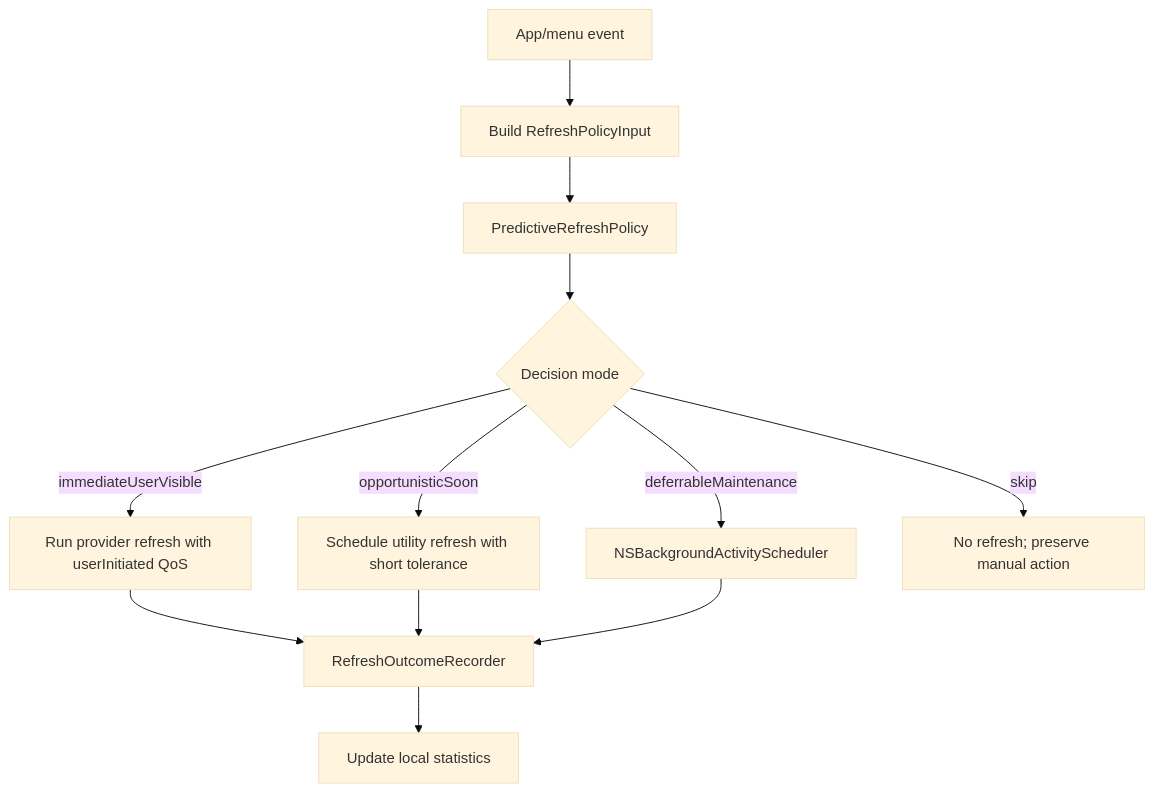
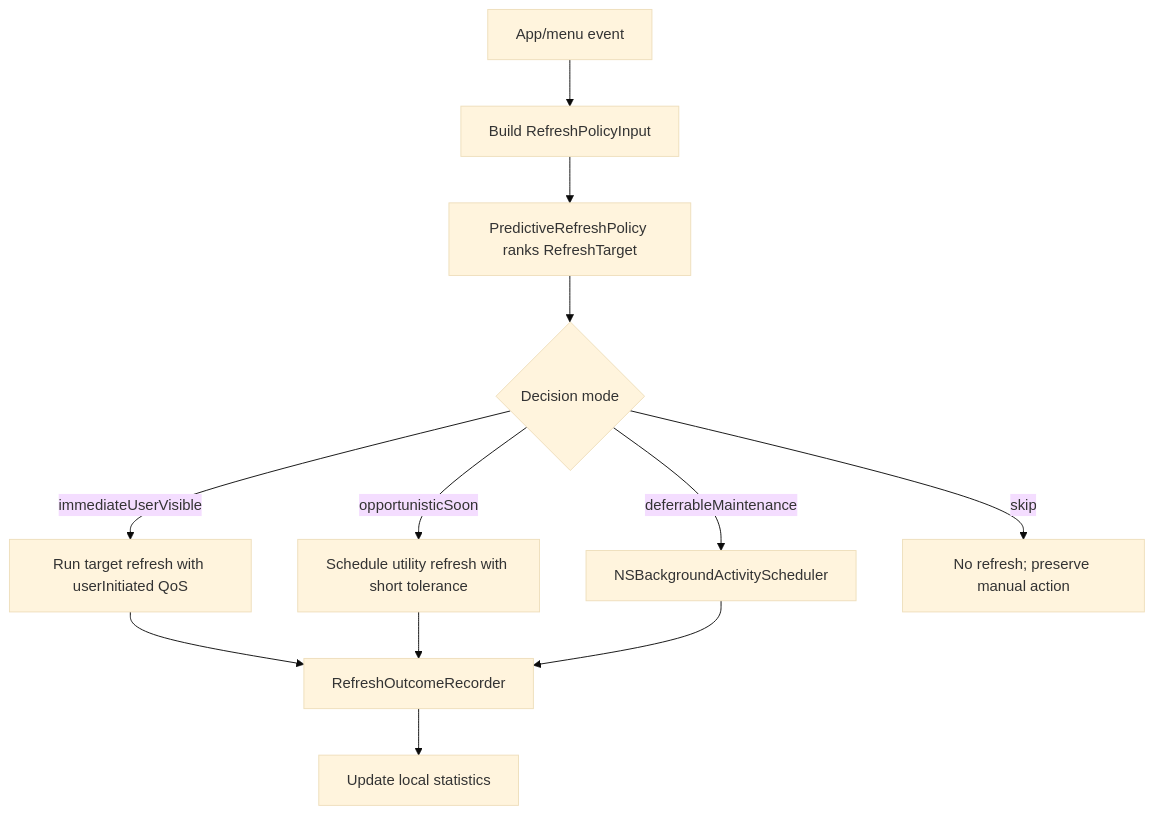
Before and after one commit to steipete/CodexBar: the diagram in docs/predictive-refresh-policy.md, drawn with Mermaid (base theme). The commit also changed other lines of this file, not shown here.

Commit message:
Expand predictive refresh target model

````diff
--- a/docs/predictive-refresh-policy.md
+++ b/docs/predictive-refresh-policy.md
@@ -216,14 +438,14 @@
 ```mermaid
 flowchart TD
     A["App/menu event"] --> B["Build RefreshPolicyInput"]
-    B --> C["PredictiveRefreshPolicy"]
+    B --> C["PredictiveRefreshPolicy ranks RefreshTarget"]
     C --> D{"Decision mode"}
-    D -->|"immediateUserVisible"| E["Run provider refresh with userInitiated QoS"]
+    D -->|"immediateUserVisible"| E["Run target refresh with userInitiated QoS"]
     D -->|"opportunisticSoon"| F["Schedule utility refresh with short tolerance"]
     D -->|"deferrableMaintenance"| G["NSBackgroundActivityScheduler"]
     D -->|"skip"| H["No refresh; preserve manual action"]
     E --> I["RefreshOutcomeRecorder"]
     F --> I
     G --> I
     I --> J["Update local statistics"]
 ```
````
